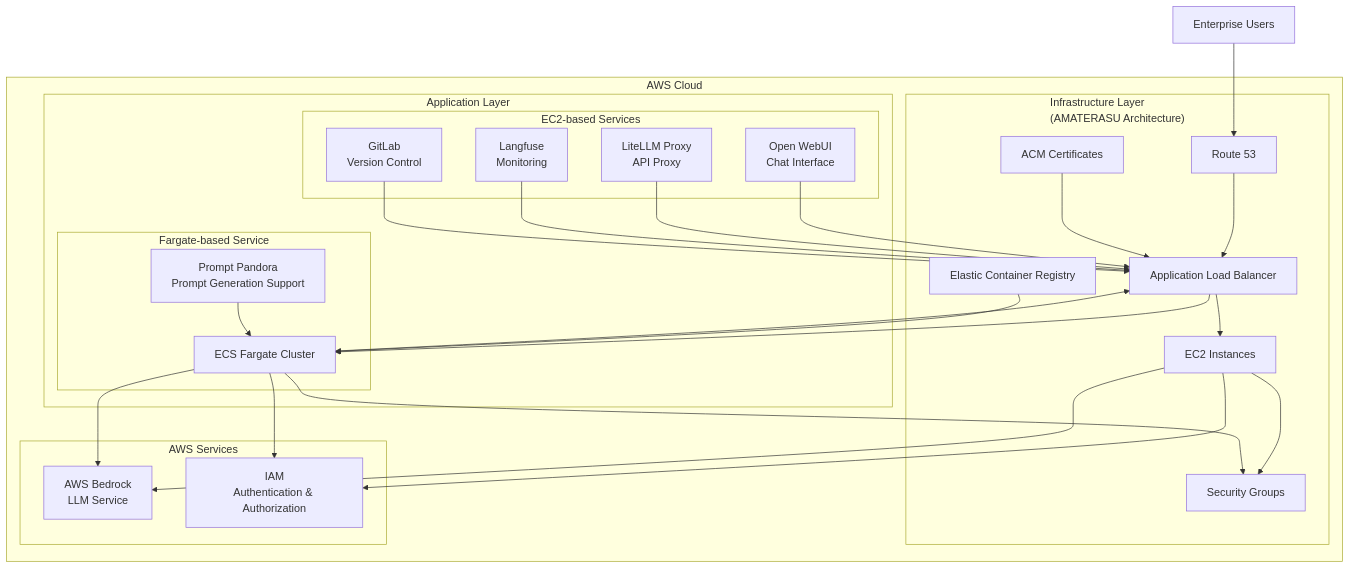
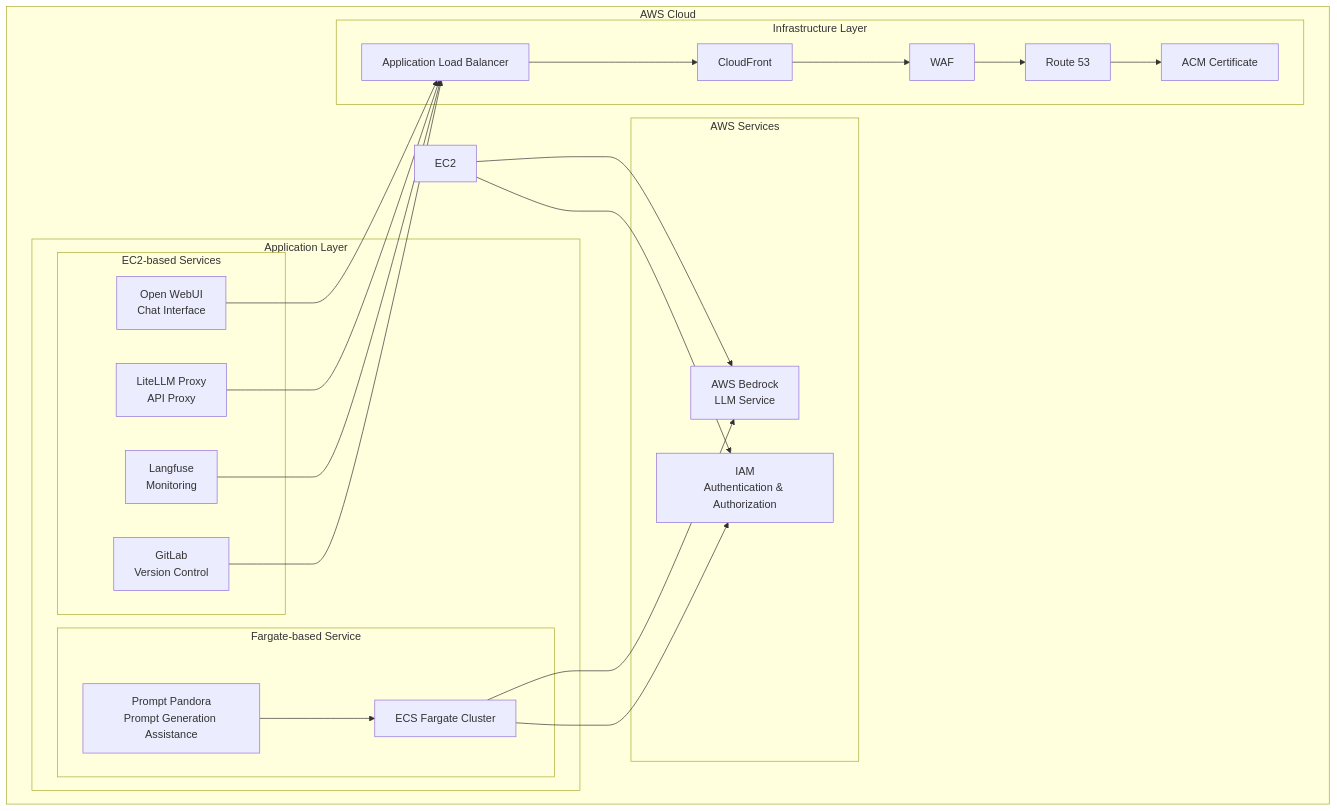
The diagram in docs/README.en.md (Sunwood-ai-labs/AMATERASU), drawn with Mermaid before and after one commit. The commit also changed other lines of this file, not shown here.

````diff
--- a/docs/README.en.md
+++ b/docs/README.en.md
@@ -50,52 +48,47 @@
 ```mermaid
 graph TB
     subgraph "AWS Cloud"
         subgraph "Application Layer"
             subgraph "EC2-based Services"
                 OW["Open WebUI<br/>Chat Interface"]
                 LL["LiteLLM Proxy<br/>API Proxy"]
                 LF["Langfuse<br/>Monitoring"]
                 GL["GitLab<br/>Version Control"]
             end
-            
+
             subgraph "Fargate-based Service"
-                PP["Prompt Pandora<br/>Prompt Generation Support"]
+                PP["Prompt Pandora<br/>Prompt Generation Assistance"]
                 ECS["ECS Fargate Cluster"]
             end
         end
-        
-        subgraph "Infrastructure Layer<br>(AMATERASU Architecture)"
+
+        subgraph "Infrastructure Layer"
             ALB["Application Load Balancer"]
-            EC2["EC2 Instances"]
-            SG["Security Groups"]
+            CF["CloudFront"]
+            WAF["WAF"]
             R53["Route 53"]
-            ACM["ACM Certificates"]
-            ECR["Elastic Container Registry"]
+            ACM["ACM Certificate"]
         end
-        
+
         subgraph "AWS Services"
             Bedrock["AWS Bedrock<br/>LLM Service"]
             IAM["IAM<br/>Authentication & Authorization"]
         end
-        
+
         OW --> ALB
         LL --> ALB
         LF --> ALB
         GL --> ALB
         PP --> ECS
-        ECS --> ALB
-        ALB --> EC2
-        ALB --> ECS
-        EC2 --> SG
-        ECS --> SG
-        R53 --> ALB
-        ACM --> ALB
-        ECR --> ECS
+
+        ALB --> CF
+        CF --> WAF
+        WAF --> R53
+        R53 --> ACM
+
         EC2 --> Bedrock
         ECS --> Bedrock
         EC2 --> IAM
         ECS --> IAM
     end
-
-    Users["Enterprise Users"] --> R53
 ```
````
